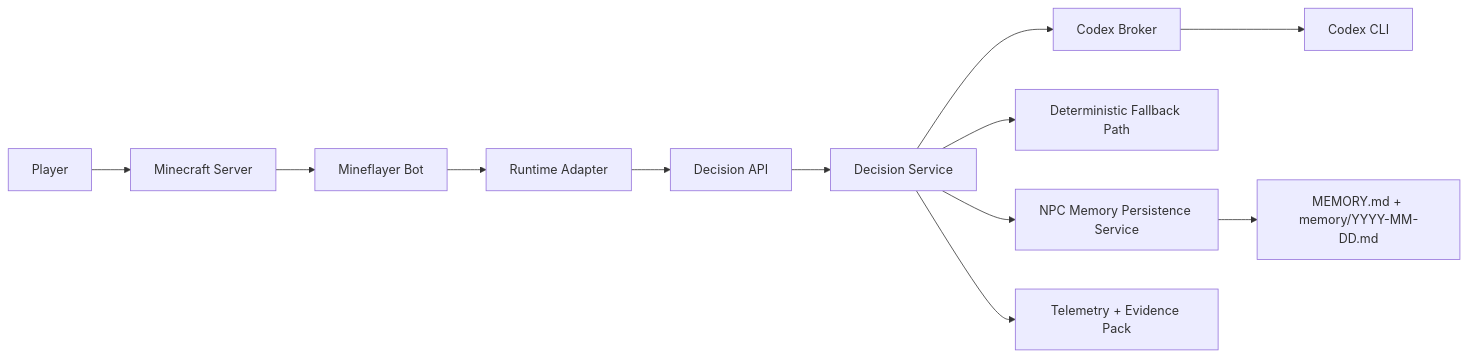
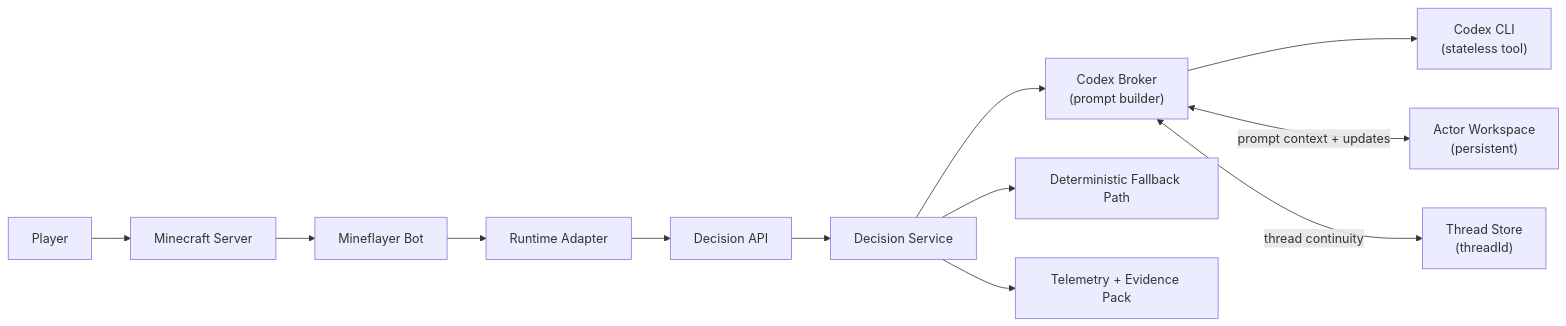
One commit to gigio1023/dream-of-one changed the first of 3 diagrams in docs/overview.md. Above: the diagram before and after it, drawn with Mermaid. The commit also changed other lines of this file and 3 other files, not shown here.

First line of the commit message:
docs: clarify Actor Workspace ↔ Codex prompt coupling in Mermaid

````diff
--- a/docs/overview.md
+++ b/docs/overview.md
@@ -20,14 +20,14 @@
 ```mermaid
 flowchart LR
   Player["Player"] --> McServer["Minecraft Server"]
   McServer --> Bot["Mineflayer Bot"]
   Bot --> Adapter["Runtime Adapter"]
   Adapter --> Api["Decision API"]
   Api --> Service["Decision Service"]
-  Service --> Broker["Codex Broker"]
-  Broker --> Codex["Codex CLI"]
+  Service --> Broker["Codex Broker\n(prompt builder)"]
+  Broker --> Codex["Codex CLI\n(stateless tool)"]
   Service --> Fallback["Deterministic Fallback Path"]
-  Service --> MemoryWriter["NPC Memory Persistence Service"]
-  MemoryWriter --> MemoryFiles["MEMORY.md + memory/YYYY-MM-DD.md"]
+  Broker <-->|prompt context + updates| Workspace["Actor Workspace\n(persistent)"]
+  Broker <-->|thread continuity| Thread["Thread Store\n(threadId)"]
   Service --> Evidence["Telemetry + Evidence Pack"]
 ```
````
